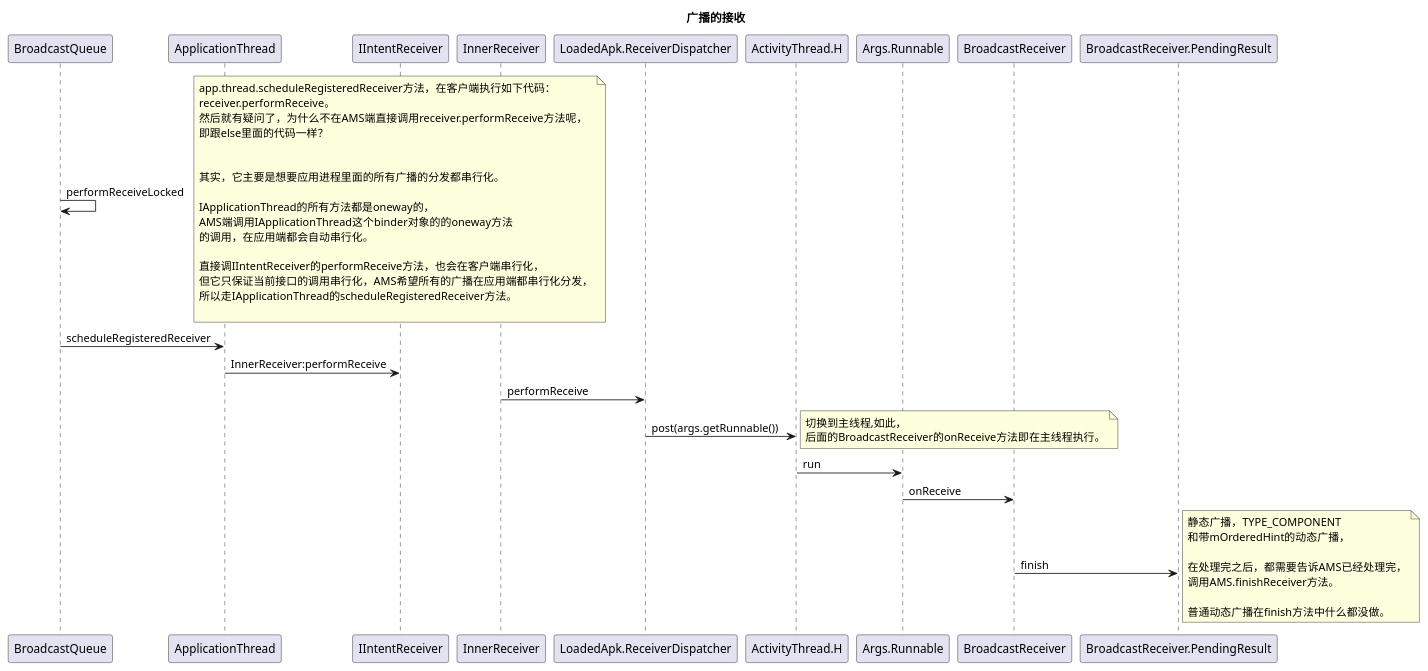
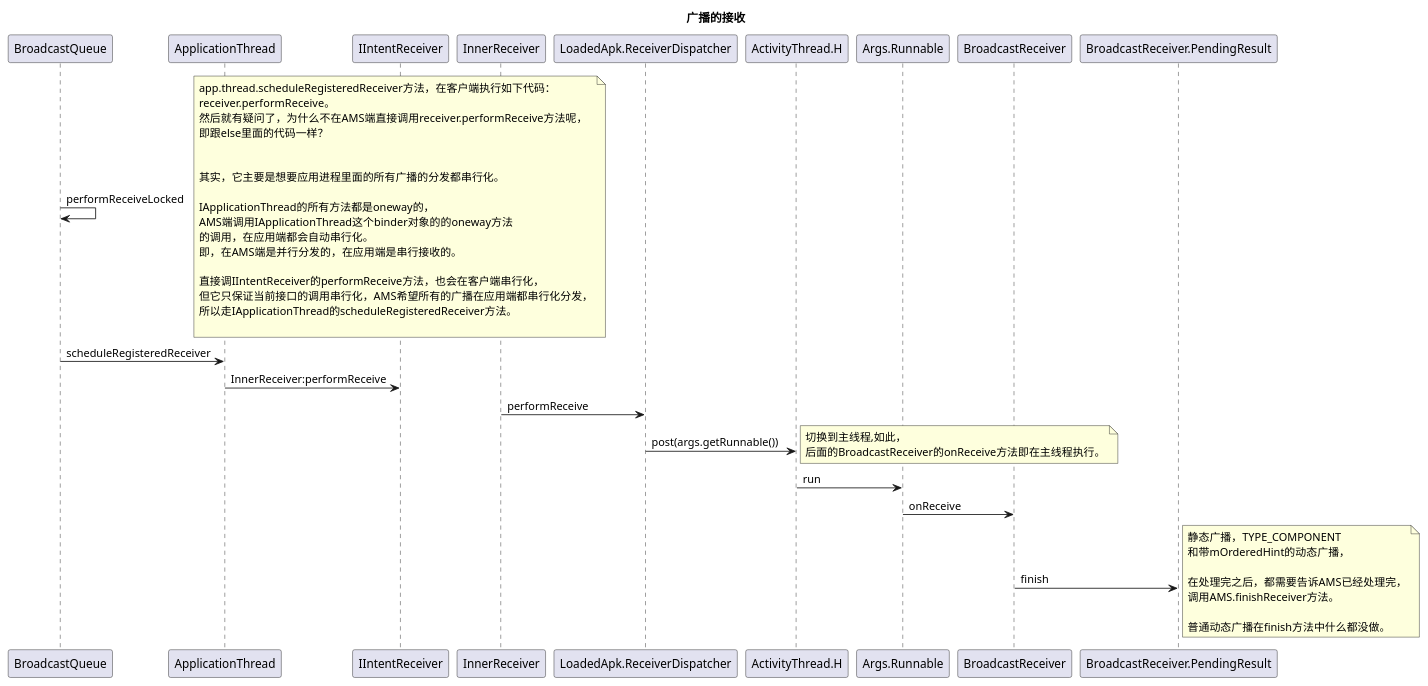
Before and after one commit to KentTJ/ImoocRxJavaStudy: the diagram in Android_framework_sequences/广播_动态广播_05_接收.puml, drawn with PlantUML.

Commit message:
广播接收。

```diff
--- a/Android_framework_sequences/广播_动态广播_05_接收.puml
+++ b/Android_framework_sequences/广播_动态广播_05_接收.puml
@@ -1,64 +1,65 @@
 @startuml
 title 广播的接收
 BroadcastQueue -> BroadcastQueue : performReceiveLocked
 note right
 app.thread.scheduleRegisteredReceiver方法，在客户端执行如下代码：
 receiver.performReceive。
 然后就有疑问了，为什么不在AMS端直接调用receiver.performReceive方法呢，
 即跟else里面的代码一样？
 
 
 其实，它主要是想要应用进程里面的所有广播的分发都串行化。
 
 IApplicationThread的所有方法都是oneway的，
 AMS端调用IApplicationThread这个binder对象的的oneway方法
 的调用，在应用端都会自动串行化。
+即，在AMS端是并行分发的，在应用端是串行接收的。
 
 直接调IIntentReceiver的performReceive方法，也会在客户端串行化，
 但它只保证当前接口的调用串行化，AMS希望所有的广播在应用端都串行化分发，
 所以走IApplicationThread的scheduleRegisteredReceiver方法。
 
 end note
  'void performReceiveLocked(ProcessRecord app, IIntentReceiver receiver,
  '            Intent intent, int resultCode, String data, Bundle extras,
  '            boolean ordered, boolean sticky, int sendingUser) throws RemoteException {
  '        if (app != null) {
  '            if (app.thread != null) {
  '                try {
  '                    app.thread.scheduleRegisteredReceiver(receiver, intent, resultCode,
  '                            data, extras, ordered, sticky, sendingUser, app.repProcState);
  '                } catch (RemoteException ex) {
  '                }
  '        } else {
  '            receiver.performReceive(intent, resultCode, data, extras, ordered,
  '                    sticky, sendingUser);
  '        }
  '    }'
 BroadcastQueue -> ApplicationThread : scheduleRegisteredReceiver
 
 ApplicationThread -> IIntentReceiver : InnerReceiver:performReceive
 
 InnerReceiver -> LoadedApk.ReceiverDispatcher : performReceive
 
 LoadedApk.ReceiverDispatcher -> ActivityThread.H : post(args.getRunnable())
 note right
 切换到主线程,如此，
 后面的BroadcastReceiver的onReceive方法即在主线程执行。
 end note
 
 ActivityThread.H -> Args.Runnable : run
 
 Args.Runnable -> BroadcastReceiver : onReceive
 
 BroadcastReceiver -> BroadcastReceiver.PendingResult : finish
 note right
 静态广播，TYPE_COMPONENT
 和带mOrderedHint的动态广播，
 
 在处理完之后，都需要告诉AMS已经处理完，
 调用AMS.finishReceiver方法。
 
 普通动态广播在finish方法中什么都没做。
 end note
 
 @enduml
```
